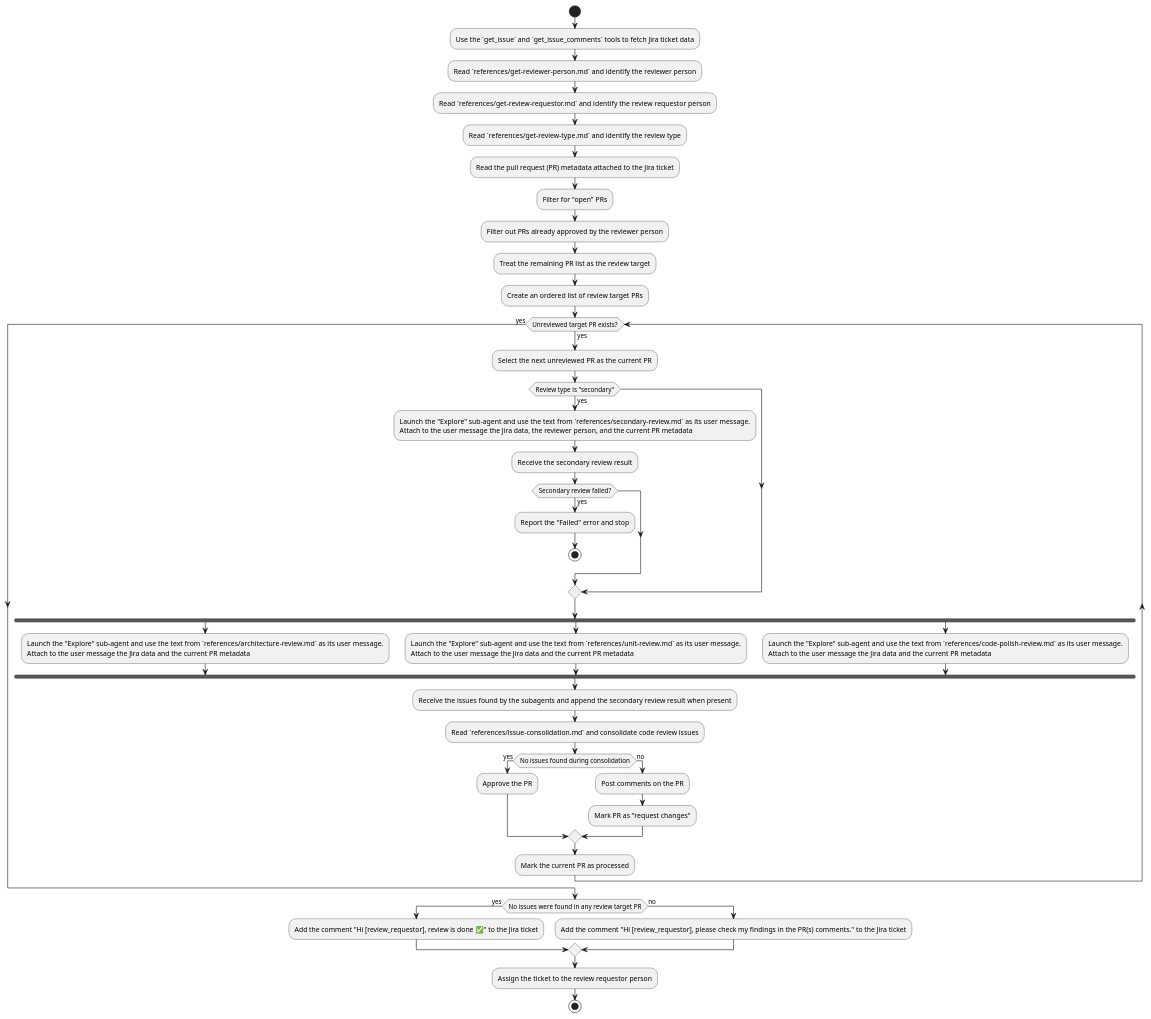
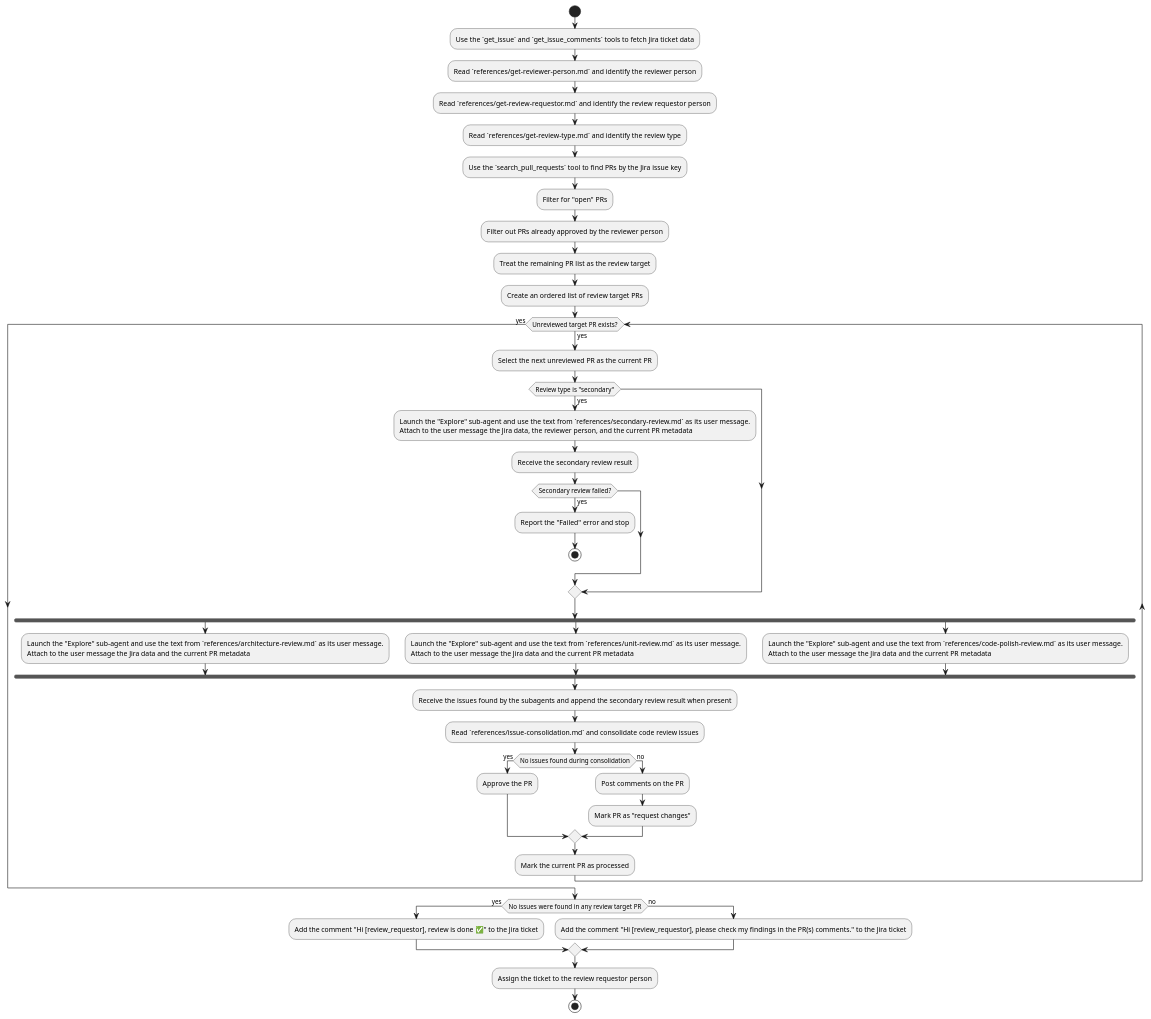
The diagram in deep_review_workflow/build/skills/deep-review-workflow/SKILL.md (andrei-zanozin/skill_factory), drawn with PlantUML before and after one commit.

Commit message:
Search issues instead of getting from Jira ticket

````diff
--- a/deep_review_workflow/build/skills/deep-review-workflow/SKILL.md
+++ b/deep_review_workflow/build/skills/deep-review-workflow/SKILL.md
@@ -18,76 +18,76 @@
 ```puml
 @startuml
 
 start
 
 :Use the `get_issue` and `get_issue_comments` tools to fetch Jira ticket data;
 
 :Read `references/get-reviewer-person.md` and identify the reviewer person;
 
 :Read `references/get-review-requestor.md` and identify the review requestor person;
 
 :Read `references/get-review-type.md` and identify the review type;
 
-:Read the pull request (PR) metadata attached to the Jira ticket;
+:Use the `search_pull_requests` tool to find PRs by the Jira issue key;
 
 :Filter for "open" PRs;
 
 :Filter out PRs already approved by the reviewer person;
 
 :Treat the remaining PR list as the review target;
 
 :Create an ordered list of review target PRs;
 
 while (Unreviewed target PR exists?) is (yes)
   :Select the next unreviewed PR as the current PR;
 
   if (Review type is "secondary") then (yes)
     :Launch the "Explore" sub-agent and use the text from `references/secondary-review.md` as its user message.
     Attach to the user message the Jira data, the reviewer person, and the current PR metadata;
 
     :Receive the secondary review result;
 
     if (Secondary review failed?) then (yes)
       :Report the "Failed" error and stop;
       stop
     endif
   endif
 
   fork
     :Launch the "Explore" sub-agent and use the text from `references/architecture-review.md` as its user message.
     Attach to the user message the Jira data and the current PR metadata;
   fork again
     :Launch the "Explore" sub-agent and use the text from `references/unit-review.md` as its user message.
     Attach to the user message the Jira data and the current PR metadata;
   fork again
     :Launch the "Explore" sub-agent and use the text from `references/code-polish-review.md` as its user message.
     Attach to the user message the Jira data and the current PR metadata;
   end fork
 
   :Receive the issues found by the subagents and append the secondary review result when present;
 
   :Read `references/issue-consolidation.md` and consolidate code review issues;
 
   if (No issues found during consolidation) then (yes)
     :Approve the PR;
   else (no)
     :Post comments on the PR;
 
     :Mark PR as "request changes";
   endif
 
   :Mark the current PR as processed;
 endwhile (yes)
 
 if (No issues were found in any review target PR) then (yes)
   :Add the comment "Hi [review_requestor], review is done ✅" to the Jira ticket;
 else (no)
   :Add the comment "Hi [review_requestor], please check my findings in the PR(s) comments." to the Jira ticket;
 endif
 
 :Assign the ticket to the review requestor person;
 
 stop
 
 @enduml
 ```
````
